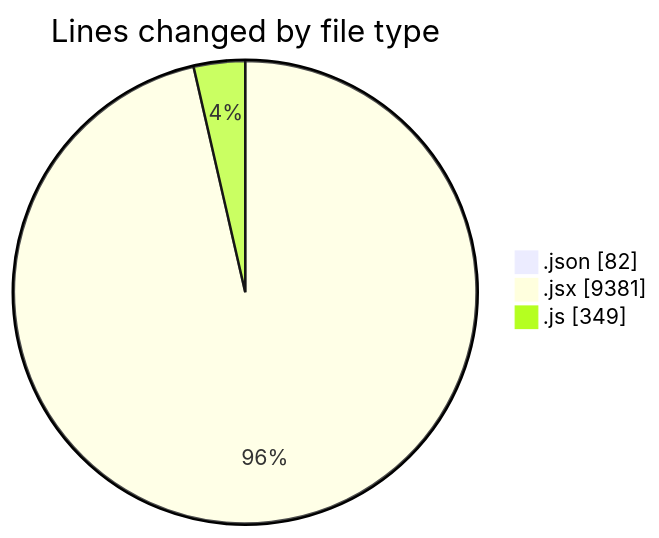
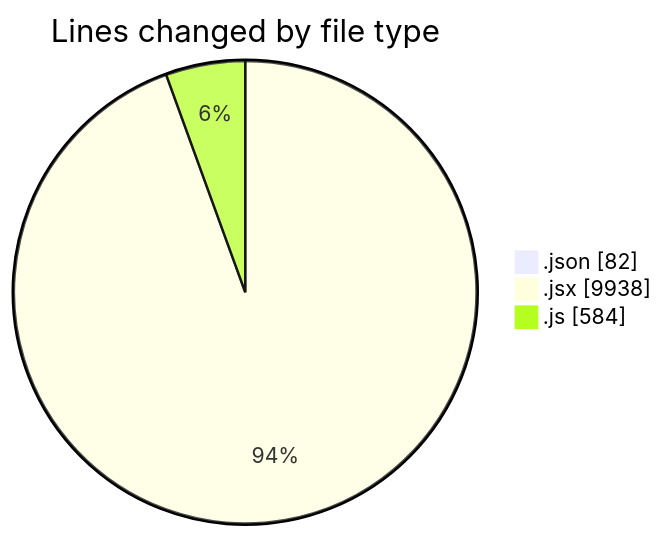
The first of 2 diagrams in 2026-11-18/nashik-misal-queue/README.md (nxtqubesakshisongat/code-tracking), drawn with Mermaid before and after one commit. The commit also changed other lines of this file and 1 other file, not shown here.

````diff
--- a/2026-11-18/nashik-misal-queue/README.md
+++ b/2026-11-18/nashik-misal-queue/README.md
@@ -52,7 +58,7 @@
 ```mermaid
 pie showData
 title Lines changed by file type
 ".json" : 82
-".jsx" : 9381
-".js" : 349
+".jsx" : 9938
+".js" : 584
 ```
````
